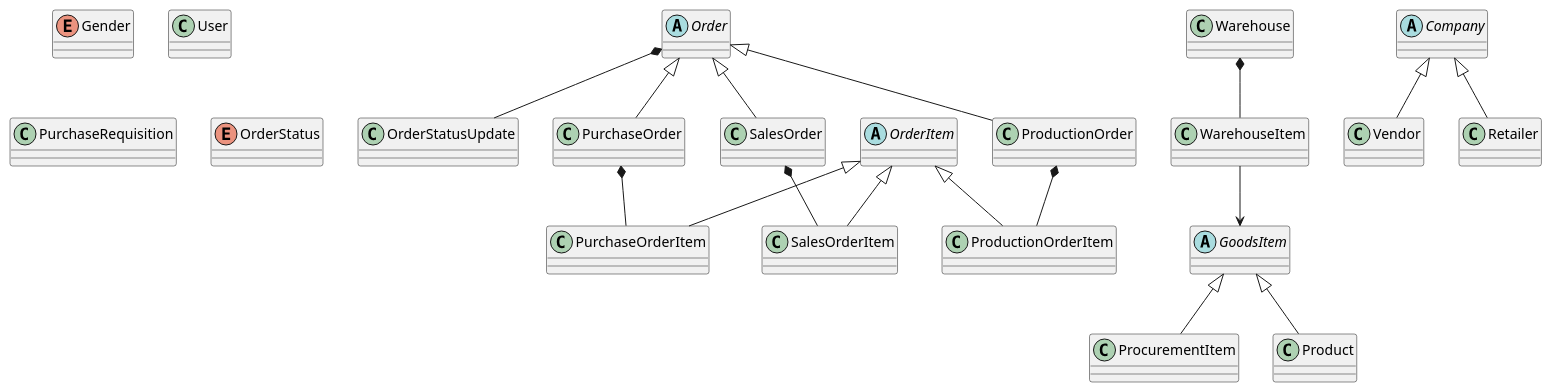
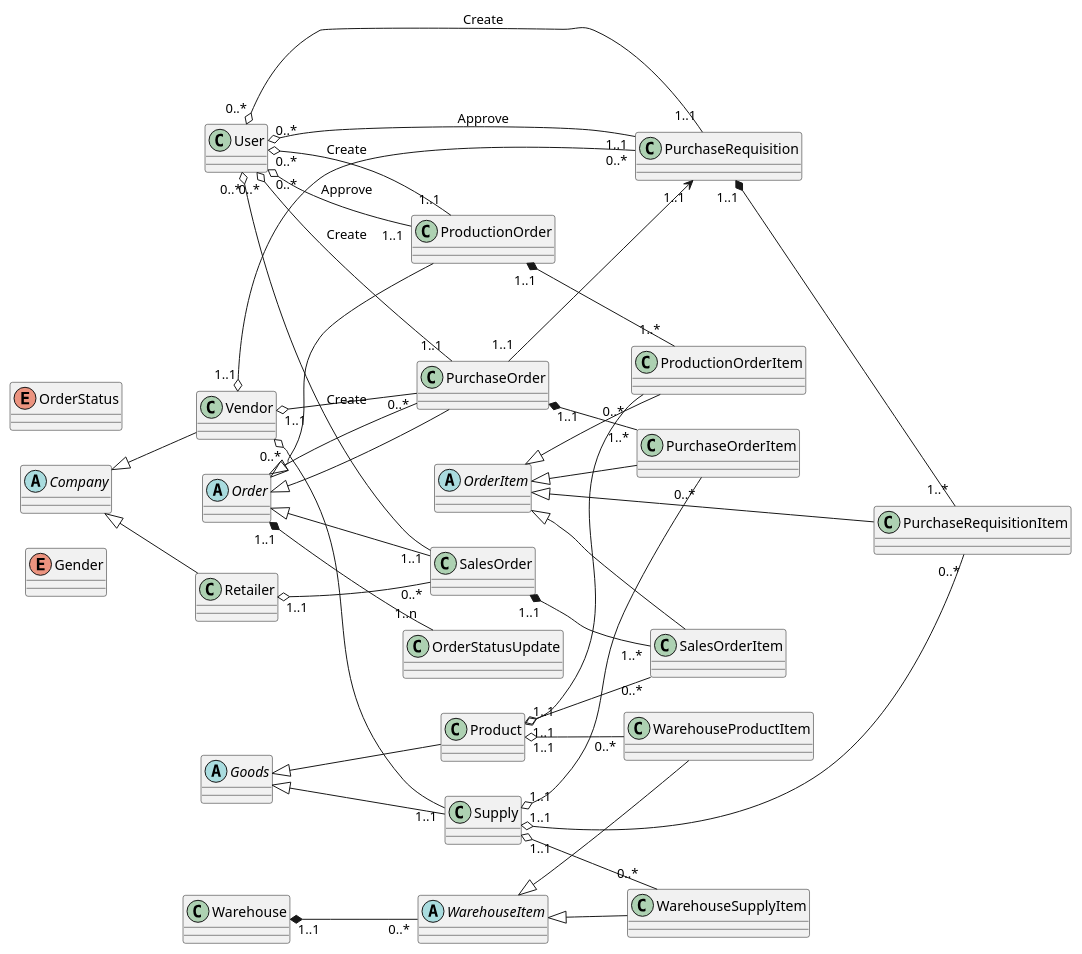
One commit to phihungha/scmss-reqs changed the diagram in classes/classes.plantuml. Above: the diagram before and after it, drawn with PlantUML.

Commit message:
Finish class relations

```diff
--- a/classes/classes.plantuml
+++ b/classes/classes.plantuml
@@ -1,59 +1,88 @@
 @startuml classes
+left to right direction
+
 enum Gender
 
 class User
-
-class PurchaseRequisition
-
-enum OrderStatus
-
-abstract Order
-
-abstract OrderItem
-
-class OrderStatusUpdate
-Order *-- OrderStatusUpdate
-
-class PurchaseOrder
-Order <|-- PurchaseOrder
-
-class PurchaseOrderItem
-OrderItem <|-- PurchaseOrderItem
-PurchaseOrder *-- PurchaseOrderItem
-
-class SalesOrder
-Order <|-- SalesOrder
-
-class SalesOrderItem
-OrderItem <|-- SalesOrderItem
-SalesOrder *-- SalesOrderItem
-
-class ProductionOrder
-Order <|-- ProductionOrder
-
-class ProductionOrderItem
-OrderItem <|-- ProductionOrderItem
-ProductionOrder *-- ProductionOrderItem
-
-abstract GoodsItem
-
-class ProcurementItem
-GoodsItem <|-- ProcurementItem
-
-class Product
-GoodsItem <|-- Product
 
 abstract Company
 
 class Vendor
 Company <|-- Vendor
 
 class Retailer
 Company <|-- Retailer
 
 class Warehouse
 
-class WarehouseItem
-Warehouse *-- WarehouseItem
-WarehouseItem --> GoodsItem
+abstract Goods
+
+class Supply
+Goods <|-- Supply
+Vendor "0..*" o-- "1..1" Supply
+
+class Product
+Goods <|-- Product
+
+enum OrderStatus
+
+abstract Order
+
+abstract OrderItem
+
+class PurchaseRequisition
+Order <|-- PurchaseOrder
+Vendor "1..1" o-- "0..*" PurchaseRequisition
+User "0..*" o-- "1..1" PurchaseRequisition : Create
+User "0..*" o-- "1..1" PurchaseRequisition : Approve
+
+class PurchaseRequisitionItem
+OrderItem <|-- PurchaseRequisitionItem
+PurchaseRequisition "1..1" *-- "1..*" PurchaseRequisitionItem
+Supply "1..1" o-- "0..*" PurchaseRequisitionItem
+
+class OrderStatusUpdate
+Order "1..1" *-- "1..n" OrderStatusUpdate
+
+class PurchaseOrder
+Order <|-- PurchaseOrder
+Vendor "1..1" o-- "0..*" PurchaseOrder
+PurchaseOrder "1..1" --> "1..1" PurchaseRequisition
+User "0..*" o-- "1..1" PurchaseOrder : Create
+
+class PurchaseOrderItem
+OrderItem <|-- PurchaseOrderItem
+PurchaseOrder "1..1" *-- "1..*" PurchaseOrderItem
+Supply "1..1" o-- "0..*" PurchaseOrderItem
+
+class SalesOrder
+Order <|-- SalesOrder
+Retailer "1..1" o-- "0..*" SalesOrder
+User "0..*" o-- "1..1" SalesOrder : Create
+
+class SalesOrderItem
+OrderItem <|-- SalesOrderItem
+SalesOrder "1..1" *-- "1..*" SalesOrderItem
+Product "1..1" o-- "0..*" SalesOrderItem
+
+class ProductionOrder
+Order <|-- ProductionOrder
+User "0..*" o-- "1..1" ProductionOrder : Create
+User "0..*" o-- "1..1" ProductionOrder : Approve
+
+class ProductionOrderItem
+OrderItem <|-- ProductionOrderItem
+ProductionOrder "1..1" *-- "1..*" ProductionOrderItem
+Product "1..1" o-- "0..*" ProductionOrderItem
+
+abstract WarehouseItem
+Warehouse "1..1" *-- "0..*" WarehouseItem
+
+class WarehouseSupplyItem
+WarehouseItem <|-- WarehouseSupplyItem
+Supply "1..1" o-- "0..*" WarehouseSupplyItem
+
+class WarehouseProductItem
+WarehouseItem <|-- WarehouseProductItem
+Product "1..1" o-- "0..*" WarehouseProductItem
 @enduml
```
